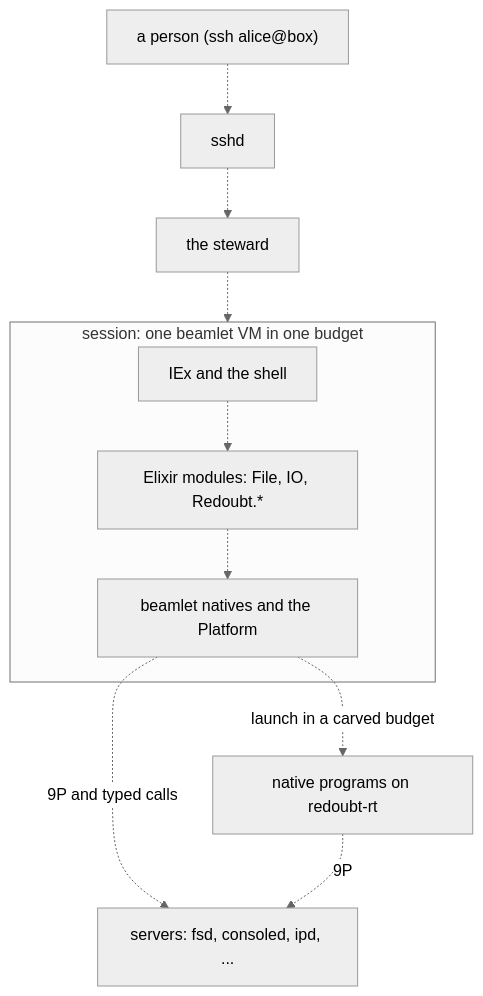
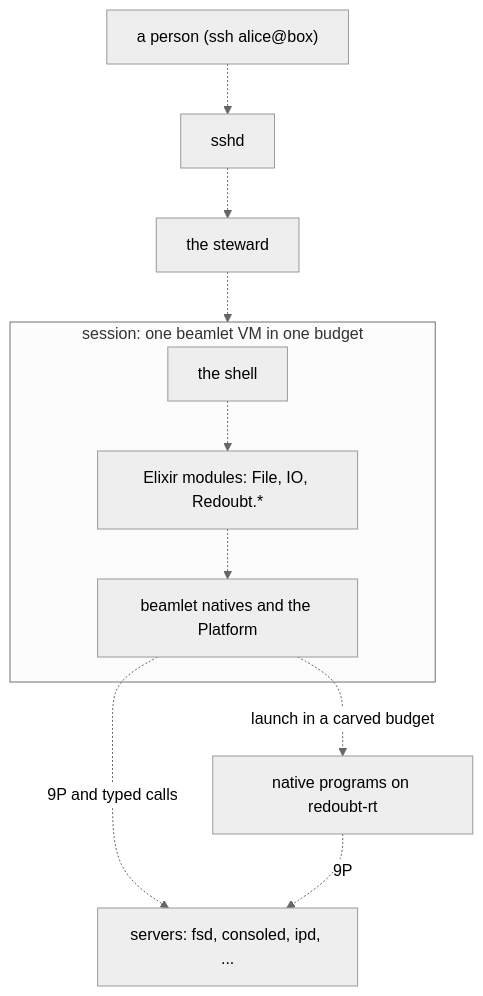
Before and after one commit to sirmick/redoubt: the diagram in docs/userland/README.md, drawn with Mermaid (neutral theme). The commit also changed other lines of this file and 15 other files, not shown here.

````diff
--- a/docs/userland/README.md
+++ b/docs/userland/README.md
@@ -103,13 +103,13 @@
 ```mermaid
 flowchart TB
     P["a person (ssh alice@box)"] -.-> S["sshd"]
     S -.-> ST["the steward"]
     ST -.-> VM
     subgraph VM["session: one beamlet VM in one budget"]
-        IEX["IEx and the shell"] -.-> EX["Elixir modules: File, IO, Redoubt.*"]
+        SH["the shell"] -.-> EX["Elixir modules: File, IO, Redoubt.*"]
         EX -.-> NAT["beamlet natives and the Platform"]
     end
     NAT -.->|"9P and typed calls"| SRV["servers: fsd, consoled, ipd, ..."]
     NAT -.->|"launch in a carved budget"| N["native programs on redoubt-rt"]
     N -.->|"9P"| SRV
 ```
````
